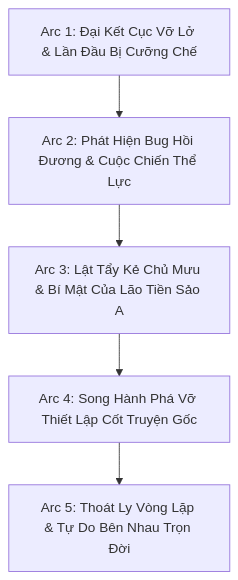
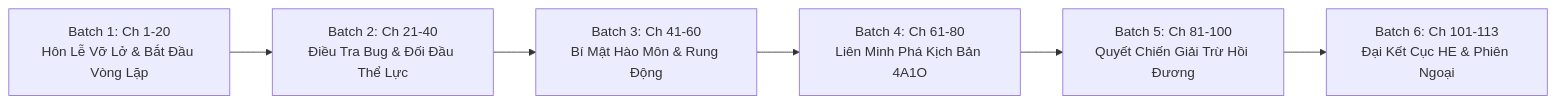
The diagram in novel_projects/cường-chế-ái-hoàn-tựu-hồi-đáng-thiểm-cẩu-công-bị-đào-không-liễu/PLAN_PROJECT.md (RinYuki-sclass/trans-assistant), drawn with Mermaid before and after one commit. The commit also changed other lines of this file and 301 other files, not shown here.

````diff
--- a/novel_projects/cường-chế-ái-hoàn-tựu-hồi-đáng-thiểm-cẩu-công-bị-đào-không-liễu/PLAN_PROJECT.md
+++ b/novel_projects/cường-chế-ái-hoàn-tựu-hồi-đáng-thiểm-cẩu-công-bị-đào-không-liễu/PLAN_PROJECT.md
@@ -26,7 +31,8 @@
 ```mermaid
-flowchart TD
-    Arc1["Arc 1: Đại Kết Cục Vỡ Lở & Lần Đầu Bị Cưỡng Chế"] --> Arc2["Arc 2: Phát Hiện Bug Hồi Đương & Cuộc Chiến Thể Lực"]
-    Arc2 --> Arc3["Arc 3: Lật Tẩy Kẻ Chủ Mưu & Bí Mật Của Lão Tiền Sảo A"]
-    Arc3 --> Arc4["Arc 4: Song Hành Phá Vỡ Thiết Lập Cốt Truyện Gốc"]
-    Arc4 --> Arc5["Arc 5: Thoát Ly Vòng Lặp & Tự Do Bên Nhau Trọn Đời"]
+flowchart LR
+    B1["Batch 1: Ch 1-20<br>Hôn Lễ Vỡ Lở & Bắt Đầu Vòng Lặp"] --> B2["Batch 2: Ch 21-40<br>Điều Tra Bug & Đối Đầu Thể Lực"]
+    B2 --> B3["Batch 3: Ch 41-60<br>Bí Mật Hào Môn & Rung Động"]
+    B3 --> B4["Batch 4: Ch 61-80<br>Liên Minh Phá Kịch Bản 4A1O"]
+    B4 --> B5["Batch 5: Ch 81-100<br>Quyết Chiến Giải Trừ Hồi Đương"]
+    B5 --> B6["Batch 6: Ch 101-113<br>Đại Kết Cục HE & Phiên Ngoại"]
 ```
````
